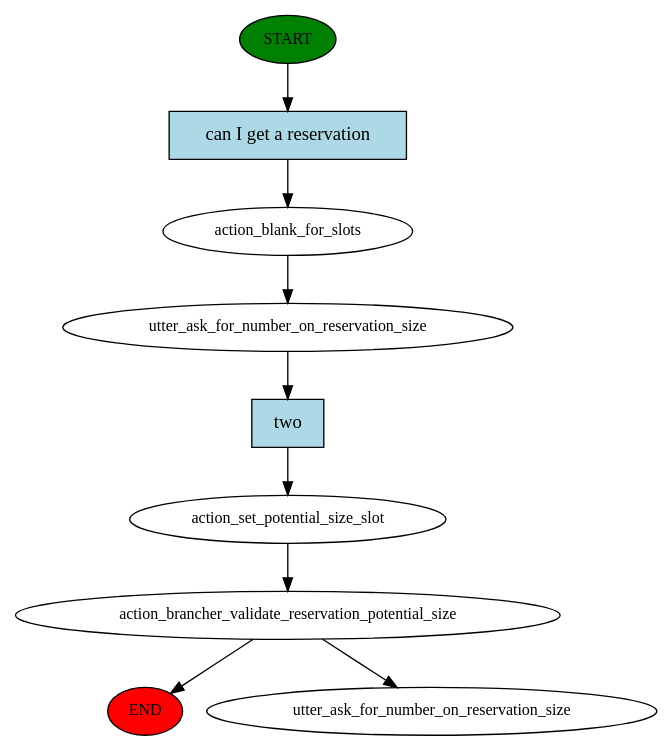
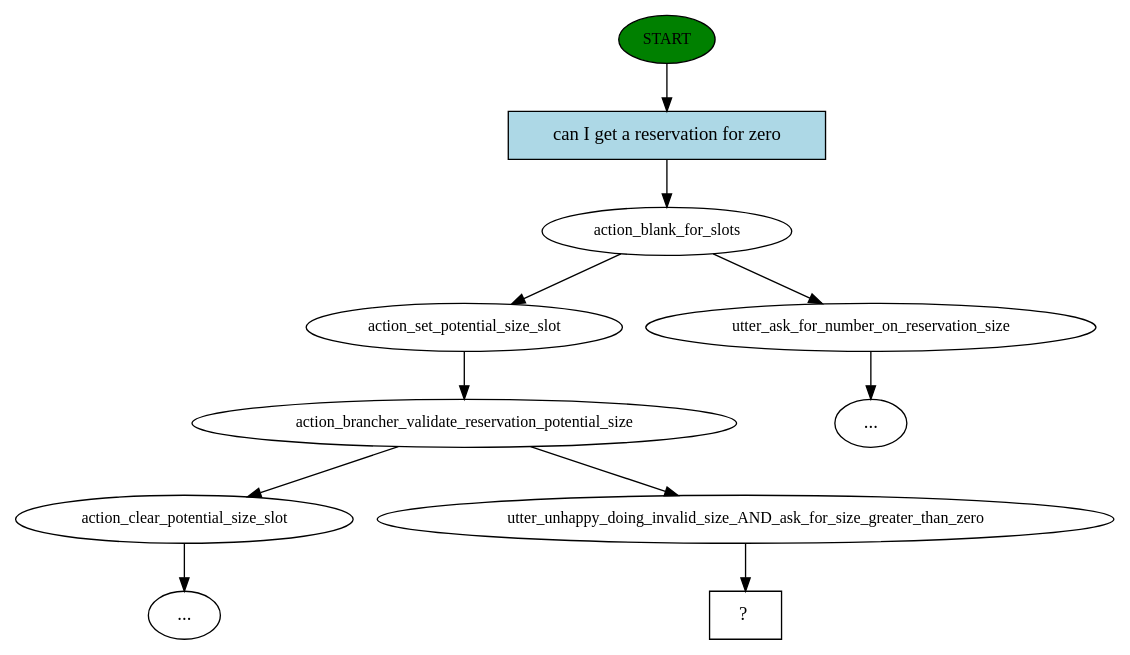
The diagram in Textual/story_graph.dot (DylanRedfield/ocaptain), drawn with Graphviz before and after one commit. The commit also changed 20 other files, not shown here.

```diff
--- a/Textual/story_graph.dot
+++ b/Textual/story_graph.dot
@@ -1,19 +1,23 @@
 digraph  {
 0 [label=START, fillcolor=green, style=filled, fontsize=12, class="start active"];
-"-1" [label=END, fillcolor=red, style=filled, fontsize=12, class=end];
 1 [label=action_blank_for_slots, fontsize=12, class=active];
-2 [label=utter_ask_for_number_on_reservation_size, fontsize=12, class=active];
-3 [label=action_set_potential_size_slot, fontsize=12, class=active];
-4 [label=action_brancher_validate_reservation_potential_size, fontsize=12, class=active];
-9 [label=utter_ask_for_number_on_reservation_size, fontsize=12, class="dashed active"];
-10 [label="can I get a reservation", shape=rect, style=filled, fillcolor=lightblue, class="intent active"];
-11 [label=two, shape=rect, style=filled, fillcolor=lightblue, class="intent active"];
-0 -> 10  [key=0, class=active];
+2 [label=action_set_potential_size_slot, fontsize=12, class=active];
+3 [label=action_brancher_validate_reservation_potential_size, fontsize=12, class=active];
+4 [label=action_clear_potential_size_slot, fontsize=12, class=""];
+"-3" [label="...", class=ellipsis];
+6 [label=utter_ask_for_number_on_reservation_size, fontsize=12, class=""];
+"-36" [label="...", class=ellipsis];
+74 [label=utter_unhappy_doing_invalid_size_AND_ask_for_size_greater_than_zero, fontsize=12, class=active];
+75 [label="  ?  ", shape=rect, class="intent dashed active"];
+76 [label="can I get a reservation for zero", shape=rect, style=filled, fillcolor=lightblue, class="intent active"];
+0 -> 76  [key=0, class=active];
 1 -> 2  [key=NONE, label="", class=active];
-2 -> 11  [key=0, class=active];
-3 -> 4  [key=NONE, label="", class=active];
-4 -> "-1"  [key=NONE, label="", class=""];
-4 -> 9  [key=NONE, label="", class=active];
-10 -> 1  [key=0, class=active];
-11 -> 3  [key=0, class=active];
+1 -> 6  [key=NONE, label="", class=""];
+2 -> 3  [key=NONE, label="", class=active];
+3 -> 4  [key=NONE, label="", class=""];
+3 -> 74  [key=NONE, label="", class=active];
+4 -> "-3"  [key=NONE, label="", class=""];
+6 -> "-36"  [key=NONE, label="", class=""];
+74 -> 75  [key=NONE, label="", class=active];
+76 -> 1  [key=0, class=active];
 }
```
